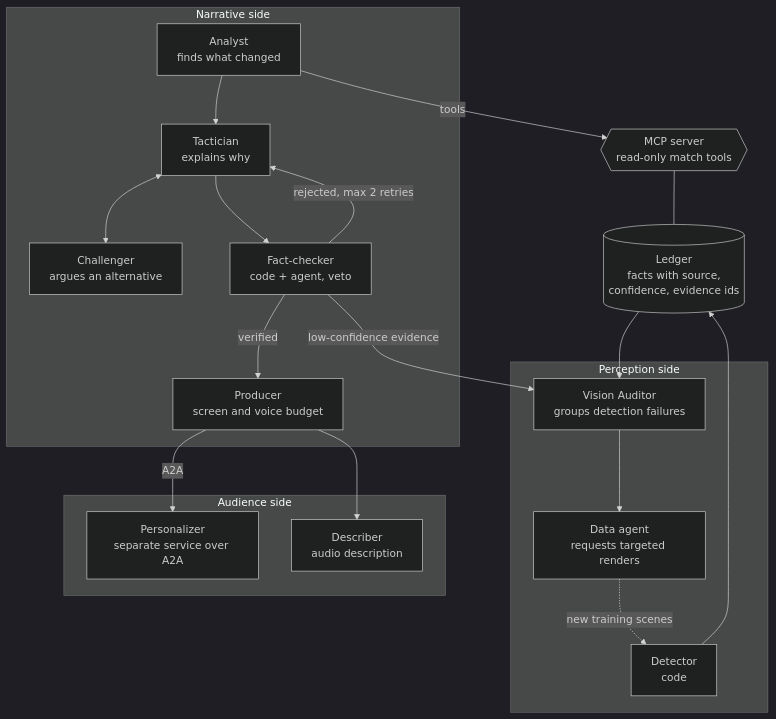
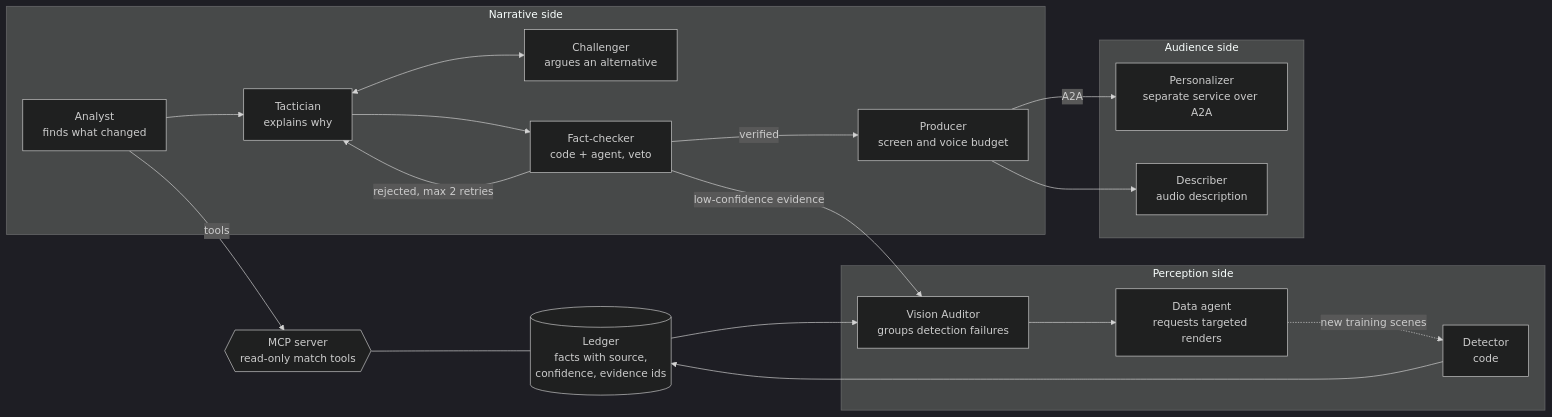
Before and after one commit to KLKH7/the-ninety-labs: the second of 4 diagrams in docs/ARCHITECTURE.md, drawn with Mermaid (dark theme).

Commit message:
Architecture diagrams: overview top-to-bottom, agent design left-to-right for readability

````diff
--- a/docs/ARCHITECTURE.md
+++ b/docs/ARCHITECTURE.md
@@ -87,39 +87,39 @@
 ```mermaid
-flowchart TB
+flowchart LR
     LEDGER[("Ledger<br/>facts with source,<br/>confidence, evidence ids")]
     MCP{{"MCP server<br/>read-only match tools"}}
 
     subgraph PERCEPTION["Perception side"]
         DETECTOR["Detector<br/>code"]
         AUDITOR["Vision Auditor<br/>groups detection failures"]
         DATAAGENT["Data agent<br/>requests targeted renders"]
     end
 
     subgraph NARRATIVE["Narrative side"]
         ANALYST["Analyst<br/>finds what changed"]
         TACTICIAN["Tactician<br/>explains why"]
         CHALLENGER["Challenger<br/>argues an alternative"]
         CHECKER["Fact-checker<br/>code + agent, veto"]
         PRODUCER["Producer<br/>screen and voice budget"]
     end
 
     subgraph AUDIENCE["Audience side"]
         PERSONALIZER["Personalizer<br/>separate service over A2A"]
         DESCRIBER["Describer<br/>audio description"]
     end
 
     DETECTOR --> LEDGER
     LEDGER --> AUDITOR --> DATAAGENT
     DATAAGENT -. new training scenes .-> DETECTOR
 
     MCP --- LEDGER
     ANALYST -- tools --> MCP
     ANALYST --> TACTICIAN
     TACTICIAN <--> CHALLENGER
     TACTICIAN --> CHECKER
     CHECKER -- rejected, max 2 retries --> TACTICIAN
     CHECKER -- low-confidence evidence --> AUDITOR
     CHECKER -- verified --> PRODUCER
     PRODUCER -- A2A --> PERSONALIZER
     PRODUCER --> DESCRIBER
 ```
````
